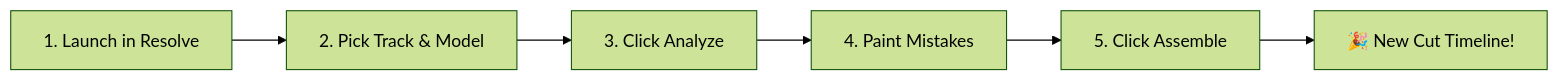
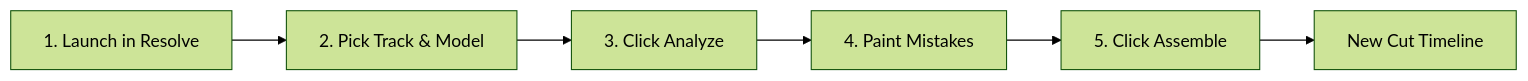
Before and after one commit to maresoftik/BadWords: the first of 3 diagrams in docs/USER_GUIDE.md, drawn with Mermaid (forest theme). The commit also changed other lines of this file, not shown here.

````diff
--- a/docs/USER_GUIDE.md
+++ b/docs/USER_GUIDE.md
@@ -74,8 +67,8 @@
 ```mermaid
 flowchart LR
     A["1. Launch in Resolve"] --> B["2. Pick Track & Model"]
     B --> C["3. Click Analyze"]
     C --> D["4. Paint Mistakes"]
     D --> E["5. Click Assemble"]
-    E --> F["🎉 New Cut Timeline!"]
+    E --> F["New Cut Timeline"]
 ```
````
